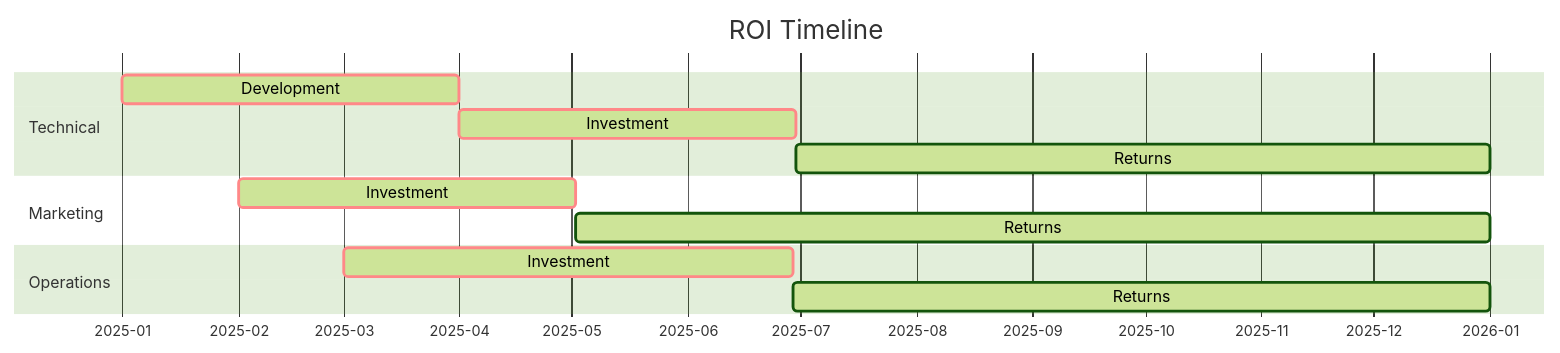
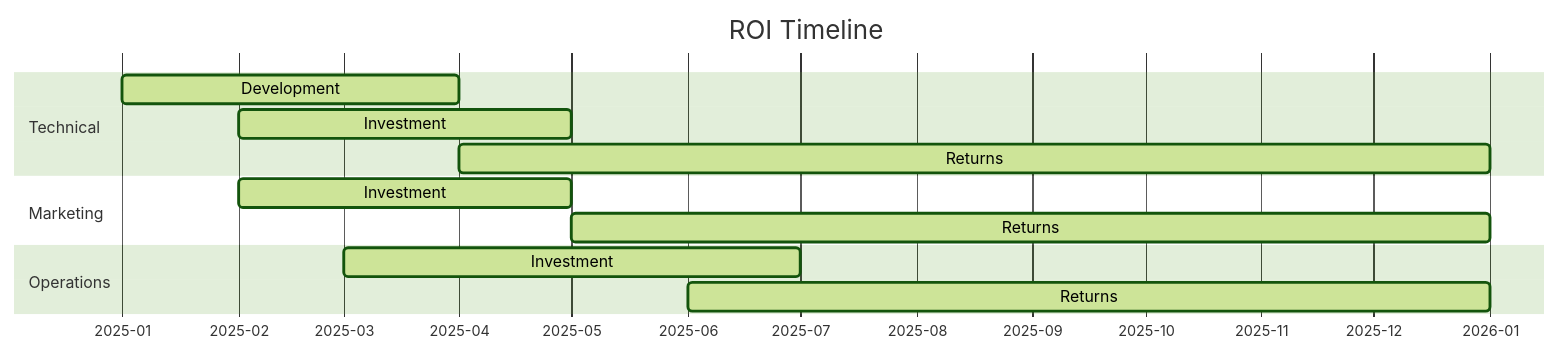
Before and after one commit to MEMEFANS/memefans: the third of 14 diagrams in docs/whitepaper/product-features.md, drawn with Mermaid (forest theme).

Commit message:
fix: optimize ROI timeline display
- Add month interval ticks
- Simplify date format
- Use month duration (M) instead of days
- Improve timeline readability

````diff
--- a/docs/whitepaper/product-features.md
+++ b/docs/whitepaper/product-features.md
@@ -139,19 +139,20 @@
 ```mermaid
 gantt
     title ROI Timeline
-    dateFormat YYYY-MM-DD
+    dateFormat YYYY-MM
     axisFormat %Y-%m
+    tickInterval 1month
     
     section Technical
-    Development    :crit, active, t1, 2025-01-01, 90d
-    Investment     :crit, active, t2, after t1, 90d
-    Returns        :active, t3, after t2, 2026-01-01
+    Development    :active, 2025-01, 3M
+    Investment     :active, 2025-02, 3M
+    Returns        :active, 2025-04, 9M
     
     section Marketing
-    Investment     :crit, active, m1, 2025-02-01, 90d
-    Returns        :active, m2, after m1, 2026-01-01
+    Investment     :active, 2025-02, 3M
+    Returns        :active, 2025-05, 8M
     
     section Operations
-    Investment     :crit, active, o1, 2025-03-01, 120d
-    Returns        :active, o2, after o1, 2026-01-01
+    Investment     :active, 2025-03, 4M
+    Returns        :active, 2025-06, 7M
 ```
````
